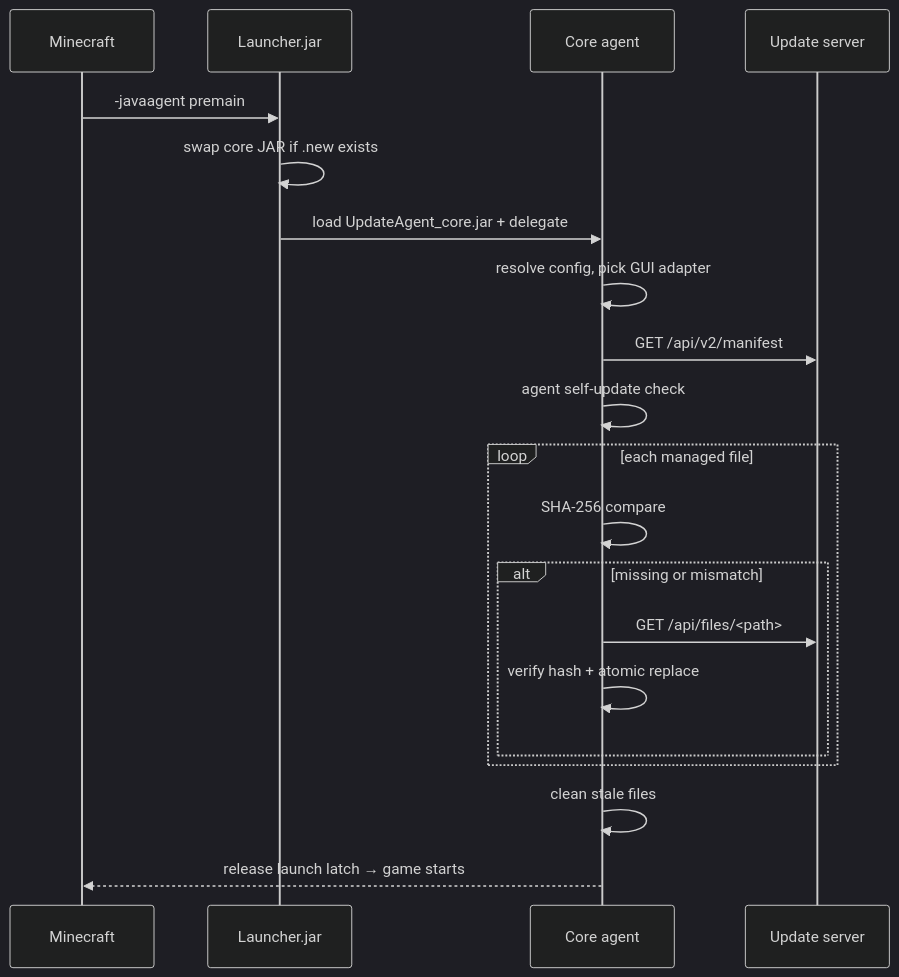
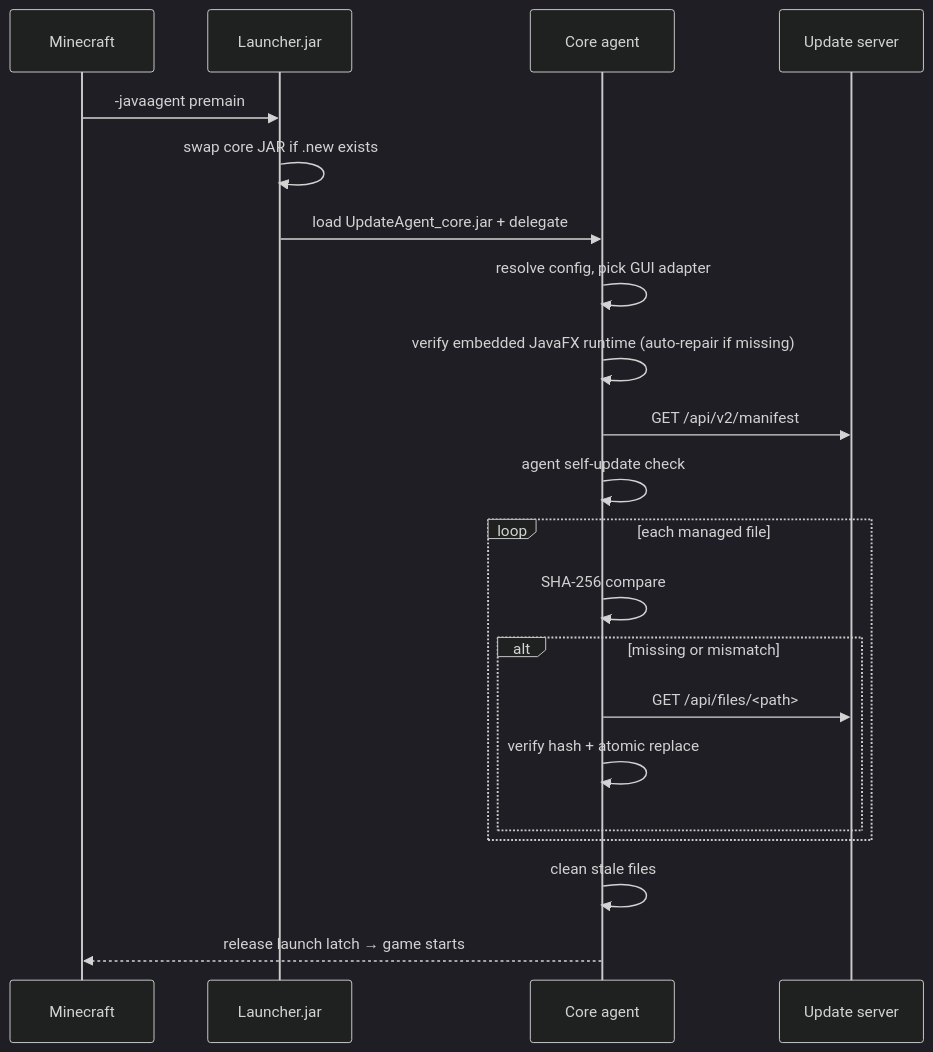
The diagram in README.md (Zack88604/minecraft-server-updater-for656), drawn with Mermaid (dark theme) before and after one commit. The commit also changed other lines of this file and 5 other files, not shown here.

````diff
--- a/README.md
+++ b/README.md
@@ -32,22 +56,23 @@
 ```mermaid
 sequenceDiagram
     participant MC as Minecraft
     participant L as Launcher.jar
     participant A as Core agent
     participant S as Update server
     MC->>L: -javaagent premain
     L->>L: swap core JAR if .new exists
     L->>A: load UpdateAgent_core.jar + delegate
     A->>A: resolve config, pick GUI adapter
+    A->>A: verify embedded JavaFX runtime (auto-repair if missing)
     A->>S: GET /api/v2/manifest
     A->>A: agent self-update check
     loop each managed file
         A->>A: SHA-256 compare
         alt missing or mismatch
             A->>S: GET /api/files/<path>
             A->>A: verify hash + atomic replace
         end
     end
     A->>A: clean stale files
     A-->>MC: release launch latch → game starts
 ```
````
